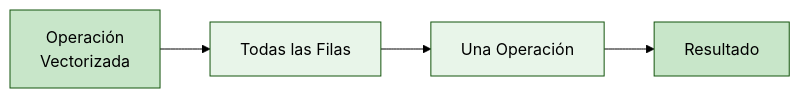
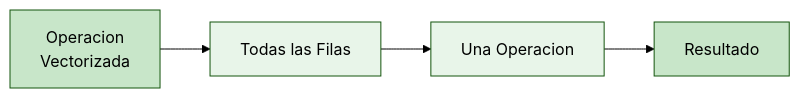
Diagram 17 of 23 in modules/module-04-python-for-data/assets/diagrams/pandas-operations.md (nanlabs/nan-data-engineering-labs), drawn with Mermaid (forest theme) before and after one commit. The commit also changed other lines of this file and 23 other files, not shown here.

````diff
--- a/modules/module-04-python-for-data/assets/diagrams/pandas-operations.md
+++ b/modules/module-04-python-for-data/assets/diagrams/pandas-operations.md
@@ -421,11 +421,11 @@
 ```mermaid
 flowchart LR
-    A[Operación<br/>Vectorizada] --> B[Todas las Filas]
-    B --> C[Una Operación]
+    A[Operacion<br/>Vectorizada] --> B[Todas las Filas]
+    B --> C[Una Operacion]
     C --> D[Resultado]
     
     style A fill:#c8e6c9
     style B fill:#e8f5e9
     style C fill:#e8f5e9
     style D fill:#c8e6c9
 ```
````
